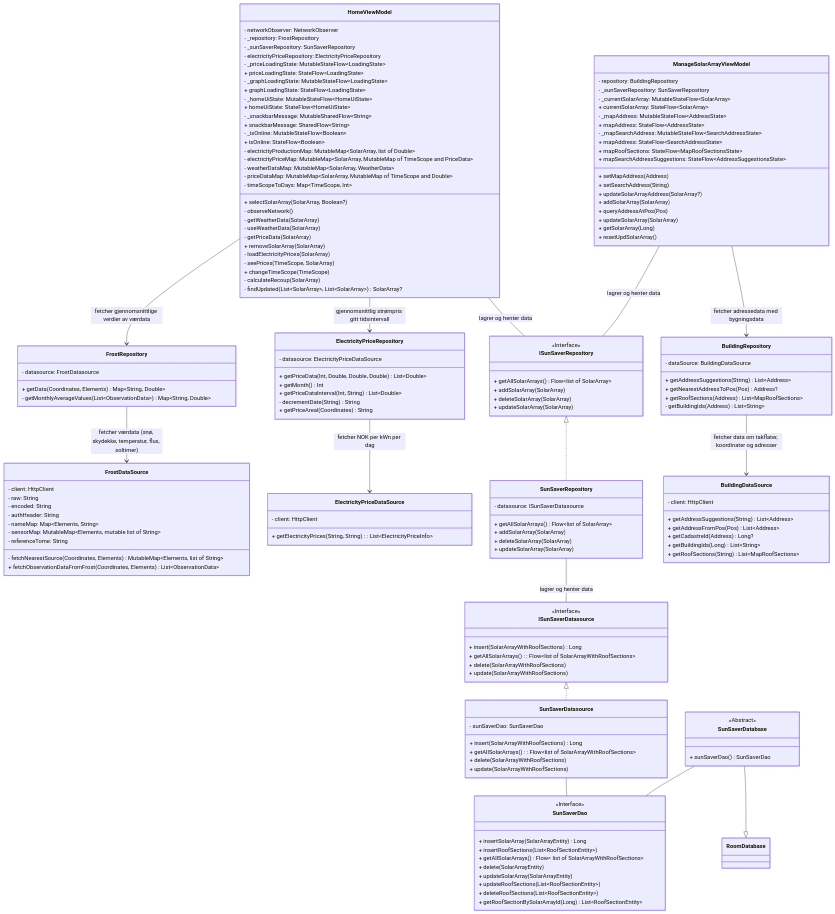
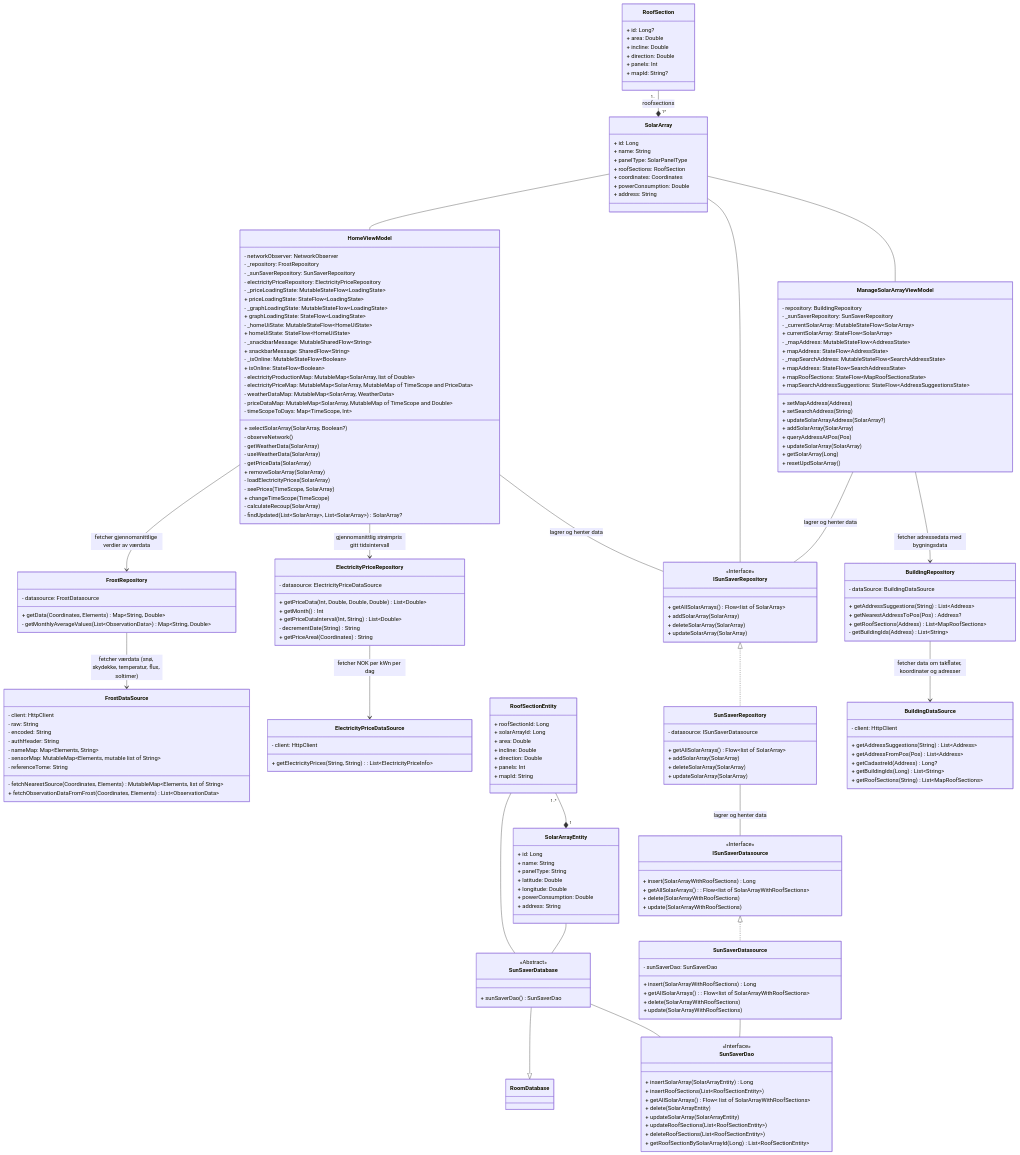
The diagram in MODELING.md (pragathiGopal25/SunSaver), drawn with Mermaid before and after one commit. The commit also changed other lines of this file and 1 other file, not shown here.

Commit message:
Added SolarArray to main diagram. Implemented Database-branch in own file, will "merge" it into main diagram later.

````diff
--- a/MODELING.md
+++ b/MODELING.md
@@ -20,5 +20,30 @@
 ```mermaid
 classDiagram
+
+    class SolarArray {
+        + id: Long
+        + name: String
+        + panelType: SolarPanelType
+        + roofSections: RoofSection
+        + coordinates: Coordinates
+        + powerConsumption: Double
+        + address: String
+    }
+
+    class RoofSection {
+        + id: Long?
+        + area: Double
+        + incline: Double
+        + direction: Double
+        + panels: Int
+        + mapId: String?
+    }
+    RoofSection "1.." --* "1*" SolarArray : roofsections
+    SolarArray -- HomeViewModel
+    SolarArray -- ISunSaverRepository
+    SolarArray -- ManageSolarArrayViewModel
+ 
+
     %% LOTS of data classes??? TODO
     class HomeViewModel {
         - networkObserver: NetworkObserver
@@ -122,23 +147,8 @@
         + getSolarArray(Long)
         + resetUpdSolarArray()
     }
-    
-    %% SunSaver
-    class SunSaverRepository {
-        - datasource: ISunSaverDatasource
-        + getAllSolarArrays() Flow~list of SolarArray~
-        + addSolarArray(SolarArray)
-        + deleteSolarArray(SolarArray)
-        + updateSolarArray(SolarArray)
-    }
-    class SunSaverDatasource {
-        - sunSaverDao: SunSaverDao 
-        + insert(SolarArrayWithRoofSections) Long
-        + getAllSolarArrays(): Flow~list of SolarArrayWithRoofSections~
-        + delete(SolarArrayWithRoofSections)
-        + update(SolarArrayWithRoofSections)
-    }
-    
+
+    %% Database part
     class SunSaverDatabase {
         <<Abstract>>
         + sunSaverDao() SunSaverDao
@@ -158,15 +168,39 @@
 
     class RoomDatabase {
     }
-
     SunSaverDatabase --|> RoomDatabase
     SunSaverDatabase -- SunSaverDao
-    SunSaverDatasource -- SunSaverDao
-    SunSaverRepository -- ISunSaverDatasource: lagrer og henter data
-    ManageSolarArrayViewModel -- ISunSaverRepository: lagrer og henter data
-    HomeViewModel -- ISunSaverRepository: lagrer og henter data
 
-    class ISunSaverRepository {
+    class RoofSectionEntity {
+        + roofSectionId: Long
+        + solarArrayId: Long
+        + area: Double
+        + incline: Double
+        + direction: Double
+        + panels: Int
+        + mapId: String
+    }
+
+    RoofSectionEntity -- SunSaverDatabase
+    SolarArrayEntity -- SunSaverDatabase
+    RoofSectionEntity "1..*" --* "1" SolarArrayEntity
+
+    %% SunSaver
+    class SunSaverRepository {
+        - datasource: ISunSaverDatasource
+        + getAllSolarArrays() Flow~list of SolarArray~
+        + addSolarArray(SolarArray)
+        + deleteSolarArray(SolarArray)
+        + updateSolarArray(SolarArray)
+    }
+    class SunSaverDatasource {
+        - sunSaverDao: SunSaverDao 
+        + insert(SolarArrayWithRoofSections) Long
+        + getAllSolarArrays(): Flow~list of SolarArrayWithRoofSections~
+        + delete(SolarArrayWithRoofSections)
+        + update(SolarArrayWithRoofSections)
+    }
+        class ISunSaverRepository {
         <<Interface>>
         + getAllSolarArrays() Flow~list of SolarArray~
         + addSolarArray(SolarArray)
@@ -183,8 +217,20 @@
         + update(SolarArrayWithRoofSections)
     }
     ISunSaverDatasource <|.. SunSaverDatasource
-
+        class SolarArrayEntity {
+        + id: Long
+        + name: String
+        + panelType: String
+        + latitude: Double
+        + longitude: Double
+        + powerConsumption: Double
+        + address: String
+    }
    
+    SunSaverDatasource -- SunSaverDao
+    SunSaverRepository -- ISunSaverDatasource: lagrer og henter data
+    ManageSolarArrayViewModel -- ISunSaverRepository: lagrer og henter data
+    HomeViewModel -- ISunSaverRepository: lagrer og henter data
 
     %% Building 
     class BuildingRepository {
````
